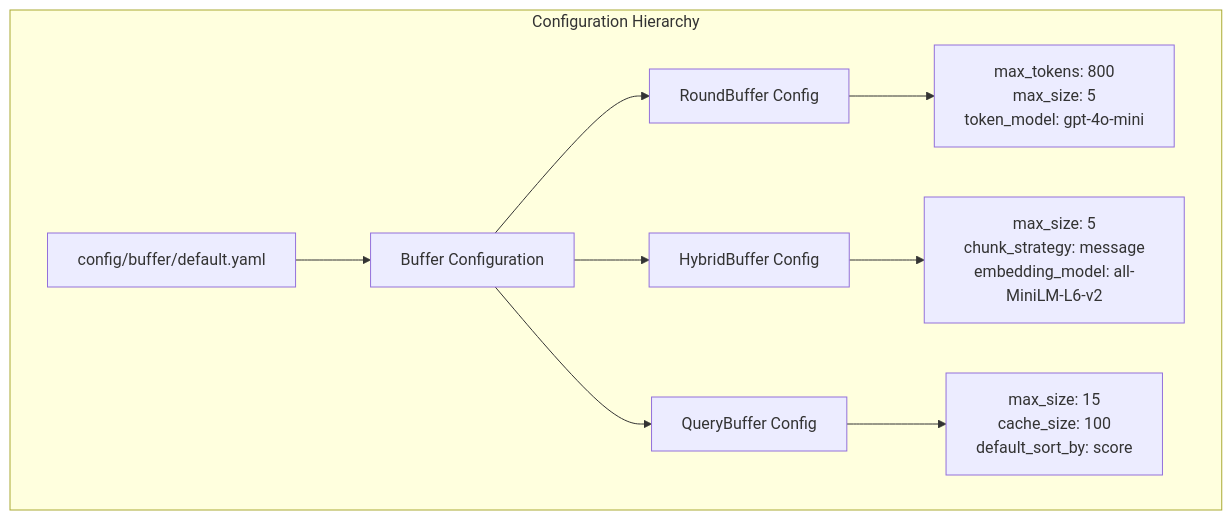
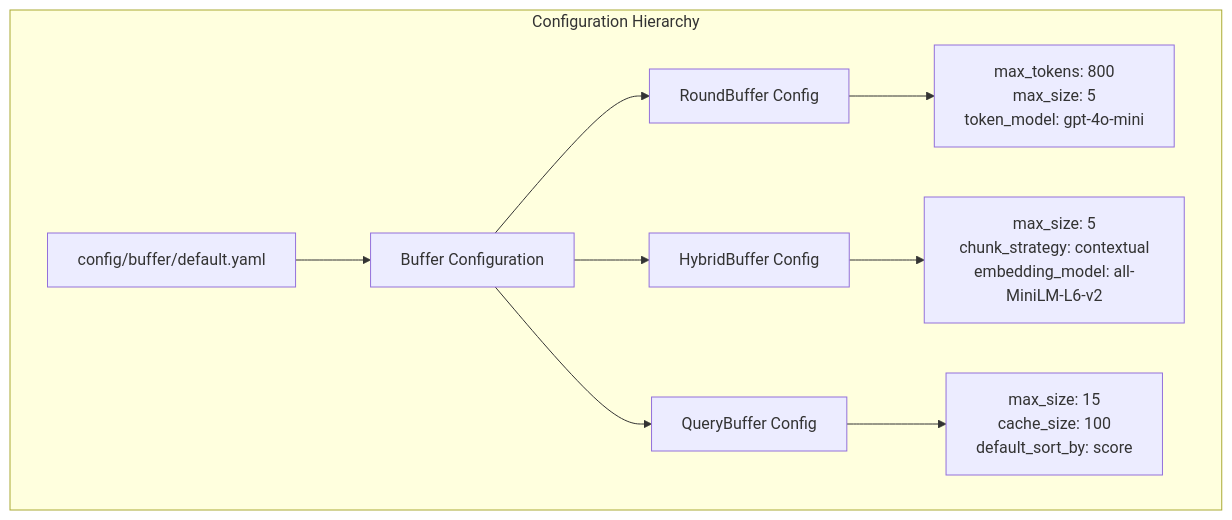
One commit to memfuse/memfuse changed the ninth of 14 diagrams in docs/architecture/buffer.md. Above: the diagram before and after it, drawn with Mermaid. The commit also changed other lines of this file and 19 other files, not shown here.

First line of the commit message:
feat(buffer): implement advanced contextual chunking strategy

````diff
--- a/docs/architecture/buffer.md
+++ b/docs/architecture/buffer.md
@@ -268,13 +268,13 @@
 ```mermaid
 graph TB
     subgraph "Configuration Hierarchy"
         A[config/buffer/default.yaml] --> B[Buffer Configuration]
         B --> C[RoundBuffer Config]
         B --> D[HybridBuffer Config]
         B --> E[QueryBuffer Config]
         
         C --> F[max_tokens: 800<br/>max_size: 5<br/>token_model: gpt-4o-mini]
-        D --> G[max_size: 5<br/>chunk_strategy: message<br/>embedding_model: all-MiniLM-L6-v2]
+        D --> G[max_size: 5<br/>chunk_strategy: contextual<br/>embedding_model: all-MiniLM-L6-v2]
         E --> H[max_size: 15<br/>cache_size: 100<br/>default_sort_by: score]
     end
 ```
````
